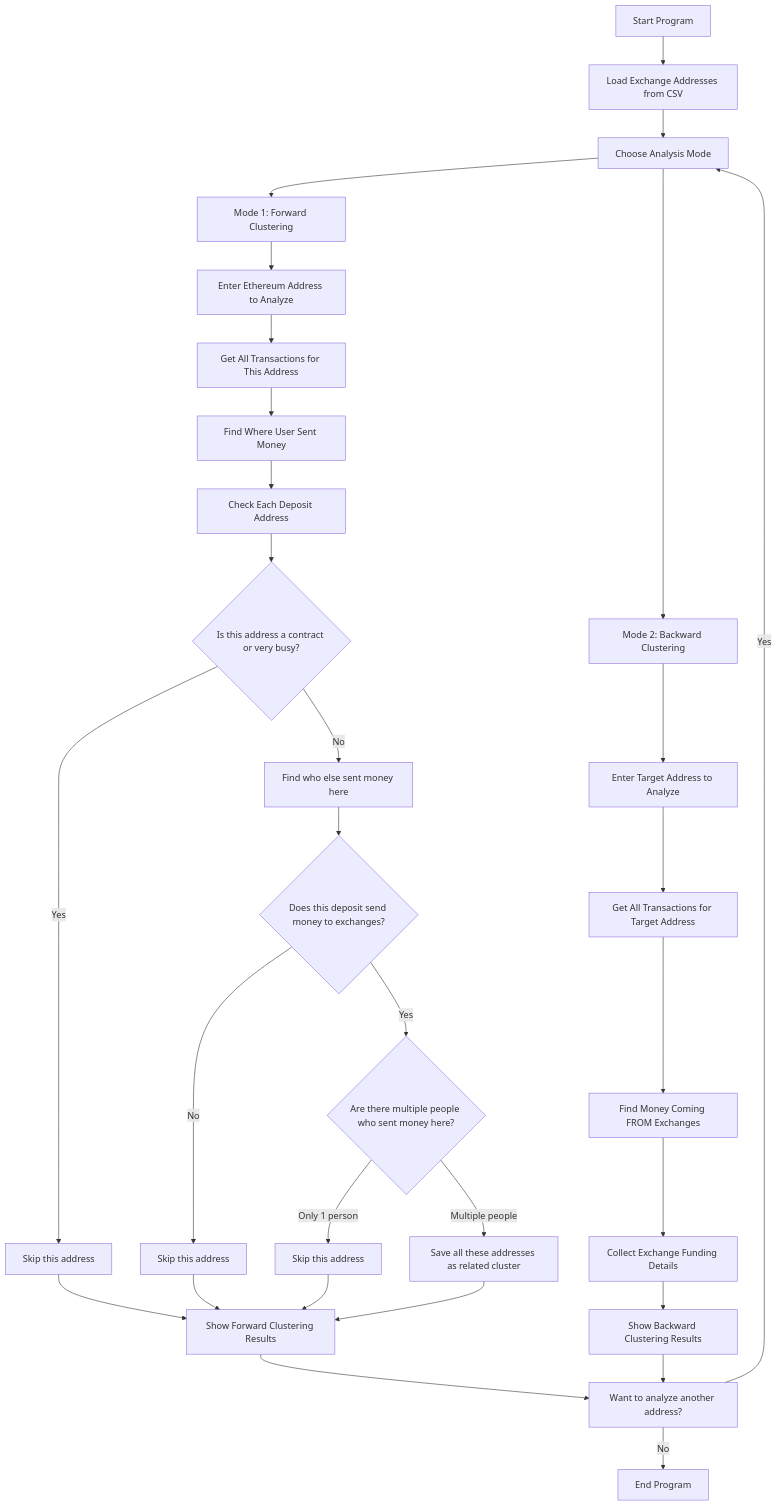
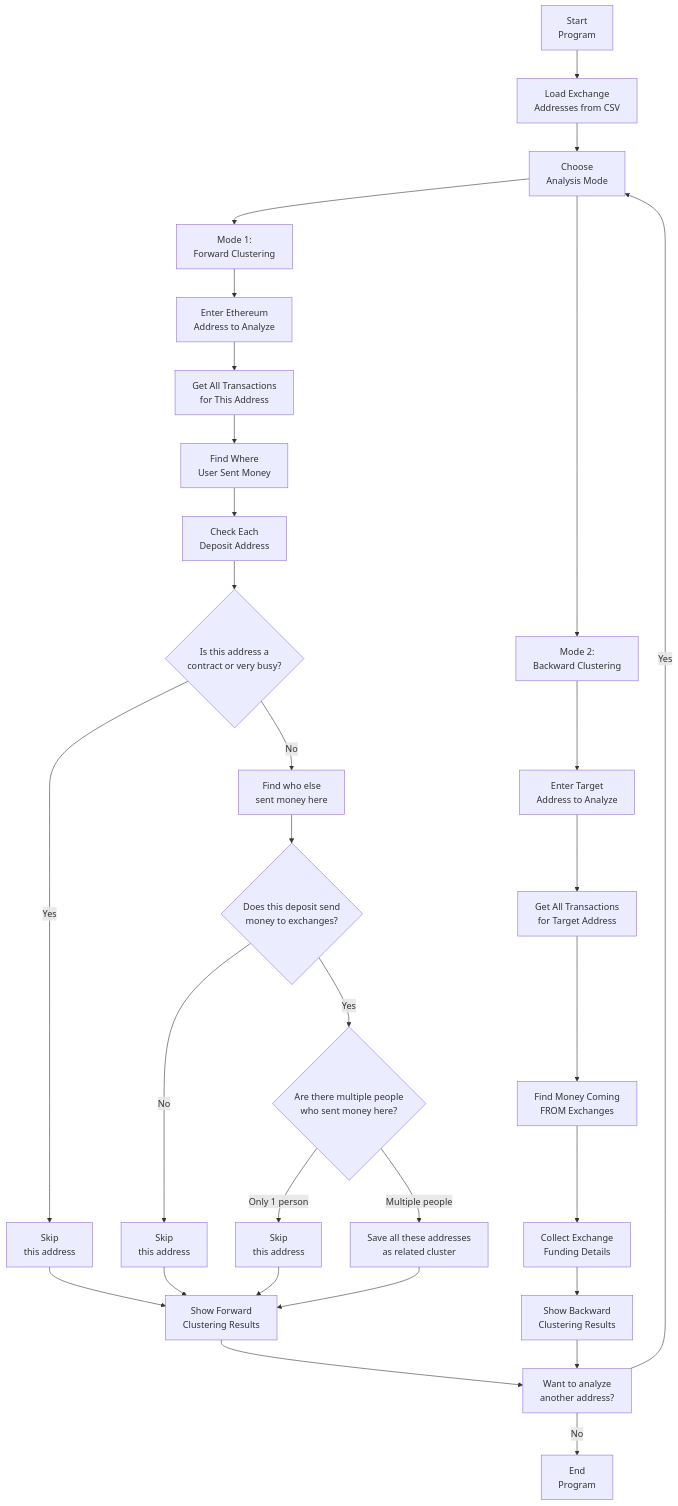
The diagram in README.md (abdelrahman-aljabali/ethereum-deposit-clustering), drawn with Mermaid before and after one commit.

Commit message:
README update

````diff
--- a/README.md
+++ b/README.md
@@ -74,43 +74,43 @@
 ```mermaid
 graph TD;
-    A[Start Program] --> B[Load Exchange Addresses from CSV];
-    B --> C[Choose Analysis Mode];
+    A["Start<br/>Program"] --> B["Load Exchange<br/>Addresses from CSV"];
+    B --> C["Choose<br/>Analysis Mode"];
     
-    C --> D1[Mode 1: Forward Clustering];
-    C --> D2[Mode 2: Backward Clustering];
+    C --> D1["Mode 1:<br/>Forward Clustering"];
+    C --> D2["Mode 2:<br/>Backward Clustering"];
 
     %% Forward Clustering Path
-    D1 --> E1[Enter Ethereum Address to Analyze];
-    E1 --> F1[Get All Transactions for This Address];
-    F1 --> G1[Find Where User Sent Money];
-    G1 --> H1[Check Each Deposit Address];
+    D1 --> E1["Enter Ethereum<br/>Address to Analyze"];
+    E1 --> F1["Get All Transactions<br/>for This Address"];
+    F1 --> G1["Find Where<br/>User Sent Money"];
+    G1 --> H1["Check Each<br/>Deposit Address"];
     
-    H1 --> I1{Is this address a contract or very busy?};
-    I1 -->|Yes| J1[Skip this address];
-    I1 -->|No| K1[Find who else sent money here];
+    H1 --> I1{"Is this address a<br/>contract or very busy?"};
+    I1 -->|Yes| J1["Skip<br/>this address"];
+    I1 -->|No| K1["Find who else<br/>sent money here"];
     
-    K1 --> L1{Does this deposit send money to exchanges?};
-    L1 -->|No| M1[Skip this address];
-    L1 -->|Yes| N1{Are there multiple people who sent money here?};
+    K1 --> L1{"Does this deposit send<br/>money to exchanges?"};
+    L1 -->|No| M1["Skip<br/>this address"];
+    L1 -->|Yes| N1{"Are there multiple people<br/>who sent money here?"};
     
-    N1 -->|Only 1 person| O1[Skip this address];
-    N1 -->|Multiple people| P1[Save all these addresses as related cluster];
+    N1 -->|Only 1 person| O1["Skip<br/>this address"];
+    N1 -->|Multiple people| P1["Save all these addresses<br/>as related cluster"];
     
-    P1 --> Q1[Show Forward Clustering Results];
+    P1 --> Q1["Show Forward<br/>Clustering Results"];
     J1 --> Q1;
     M1 --> Q1;
     O1 --> Q1;
 
     %% Backward Clustering Path  
-    D2 --> E2[Enter Target Address to Analyze];
-    E2 --> F2[Get All Transactions for Target Address];
-    F2 --> G2[Find Money Coming FROM Exchanges];
-    G2 --> H2[Collect Exchange Funding Details];
-    H2 --> I2[Show Backward Clustering Results];
+    D2 --> E2["Enter Target<br/>Address to Analyze"];
+    E2 --> F2["Get All Transactions<br/>for Target Address"];
+    F2 --> G2["Find Money Coming<br/>FROM Exchanges"];
+    G2 --> H2["Collect Exchange<br/>Funding Details"];
+    H2 --> I2["Show Backward<br/>Clustering Results"];
 
     %% Continue or End
-    Q1 --> R[Want to analyze another address?];
+    Q1 --> R["Want to analyze<br/>another address?"];
     I2 --> R;
     R -->|Yes| C;
-    R -->|No| S[End Program];
+    R -->|No| S["End<br/>Program"];
 ```
````
